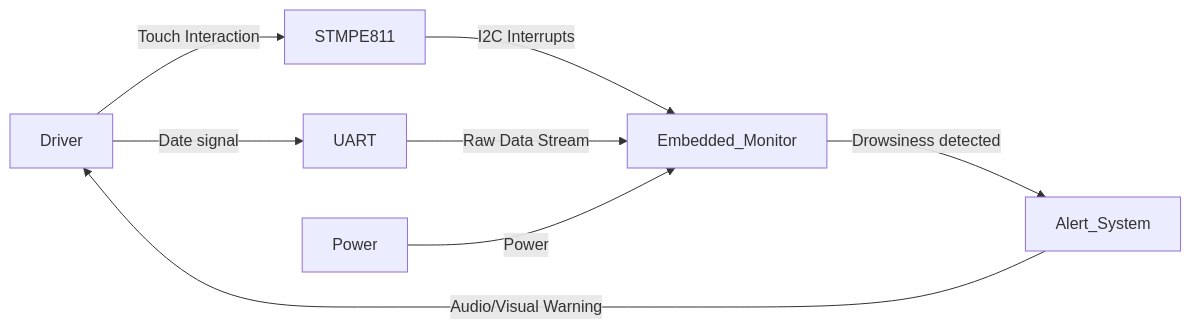
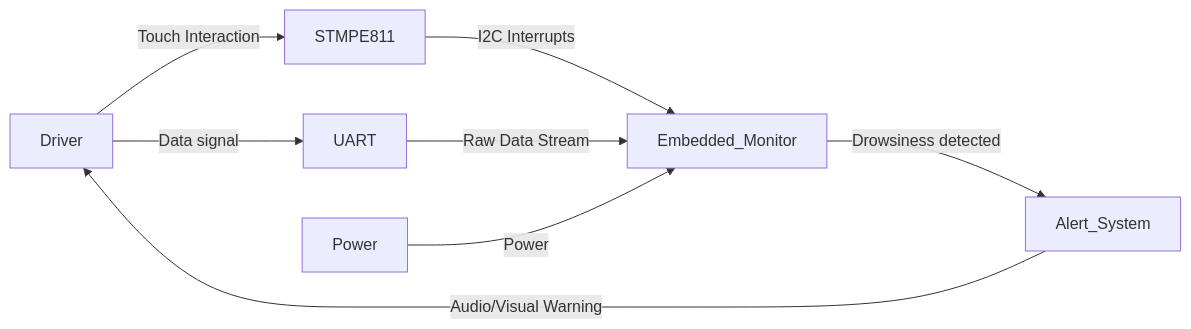
One commit to csg523/project-p1-eeg-drowsiness changed the first of 2 diagrams in docs/sections/uml-statecharts.md. Above: the diagram before and after it, drawn with Mermaid. The commit also changed other lines of this file, not shown here.

````diff
--- a/docs/sections/uml-statecharts.md
+++ b/docs/sections/uml-statecharts.md
@@ -39,11 +39,11 @@
 ```mermaid
 flowchart LR
     Driver -->|Touch Interaction| STMPE811
-    Driver -->| Date signal | UART
+    Driver -->| Data signal | UART
     STMPE811 -->|I2C Interrupts| Embedded_Monitor
     UART -->|Raw Data Stream| Embedded_Monitor
     Embedded_Monitor -->|Drowsiness detected| Alert_System
     Power -->|Power| Embedded_Monitor
 
     Alert_System -->|Audio/Visual Warning| Driver
 ```
````
